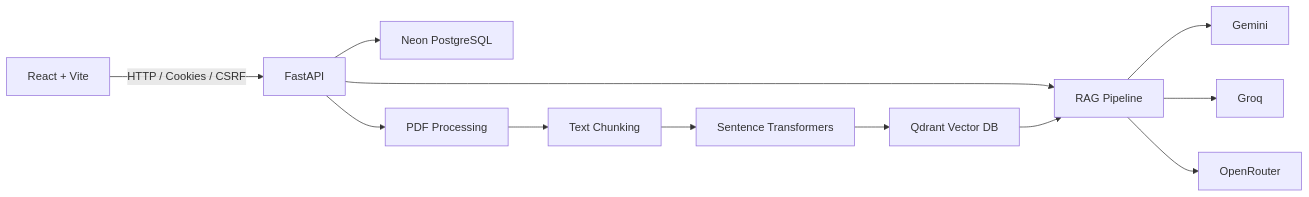
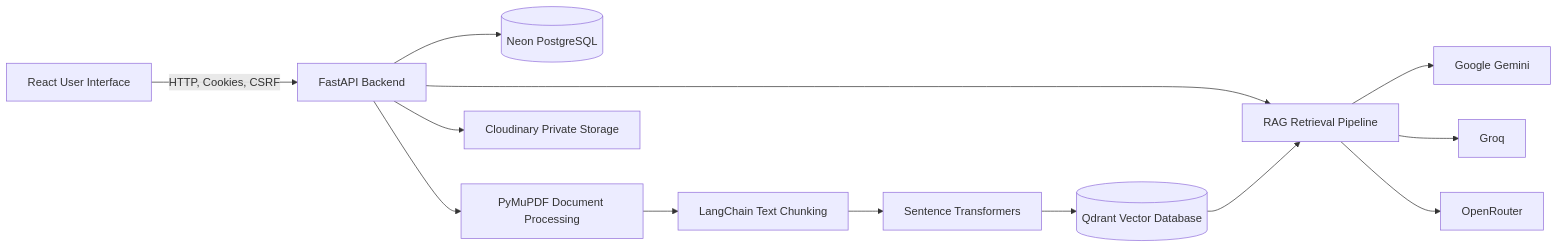
One commit to anujkumar220103/ROBIN changed the diagram in README.md. Above: the diagram before and after it, drawn with Mermaid. The commit also changed other lines of this file, not shown here.

Commit message:
README architecture added

````diff
--- a/README.md
+++ b/README.md
@@ -53,14 +86,15 @@
 ```mermaid
 flowchart LR
-    A[React + Vite] -->|HTTP / Cookies / CSRF| B[FastAPI]
-    B --> C[Neon PostgreSQL]
-    B --> D[PDF Processing]
-    D --> E[Text Chunking]
-    E --> F[Sentence Transformers]
-    F --> G[Qdrant Vector DB]
-    B --> H[RAG Pipeline]
-    G --> H
-    H --> I[Gemini]
-    H --> J[Groq]
-    H --> K[OpenRouter]
+    U[React User Interface] -->|HTTP, Cookies, CSRF| API[FastAPI Backend]
+    API --> DB[(Neon PostgreSQL)]
+    API --> PDF[PyMuPDF Document Processing]
+    PDF --> CHUNK[LangChain Text Chunking]
+    CHUNK --> EMB[Sentence Transformers]
+    EMB --> VECTOR[(Qdrant Vector Database)]
+    API --> RAG[RAG Retrieval Pipeline]
+    VECTOR --> RAG
+    RAG --> GEMINI[Google Gemini]
+    RAG --> GROQ[Groq]
+    RAG --> OPENROUTER[OpenRouter]
+    API --> CLOUD[Cloudinary Private Storage]
 ```
````
